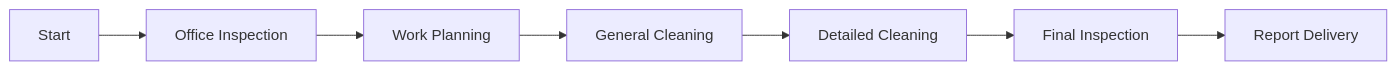
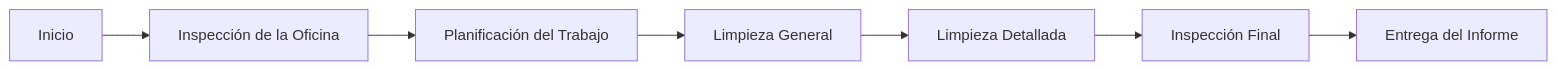
Before and after one commit to despiau/mermaid: the third of 10 diagrams in README.md, drawn with Mermaid. The commit also changed other lines of this file, not shown here.

````diff
--- a/README.md
+++ b/README.md
@@ -40,9 +40,9 @@
 ```mermaid
 flowchart LR
-    A[Start] --> B[Office Inspection]
-    B --> C[Work Planning]
-    C --> D[General Cleaning]
-    D --> E[Detailed Cleaning]
-    E --> F[Final Inspection]
-    F --> G[Report Delivery]
+    A[Inicio] --> B[Inspección de la Oficina]
+    B --> C[Planificación del Trabajo]
+    C --> D[Limpieza General]
+    D --> E[Limpieza Detallada]
+    E --> F[Inspección Final]
+    F --> G[Entrega del Informe]
 ```
````
